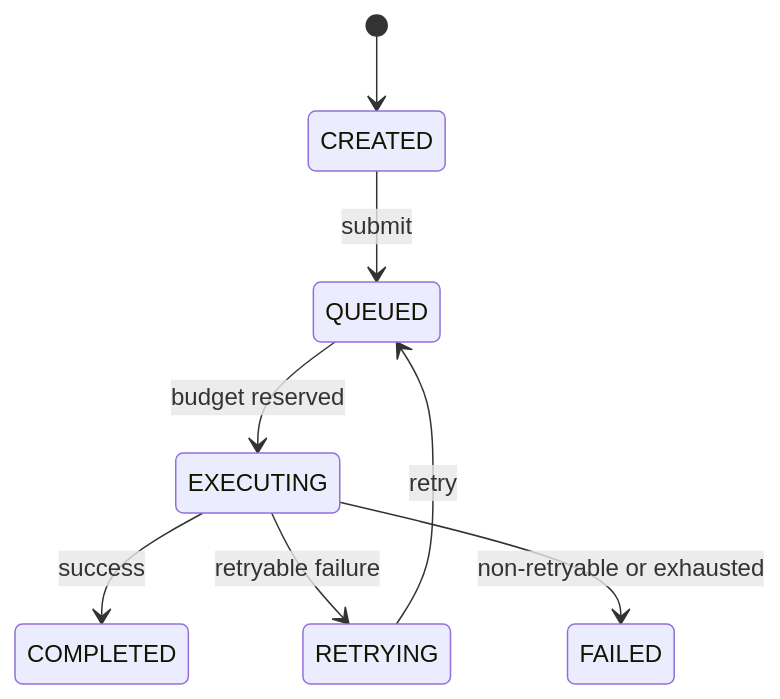
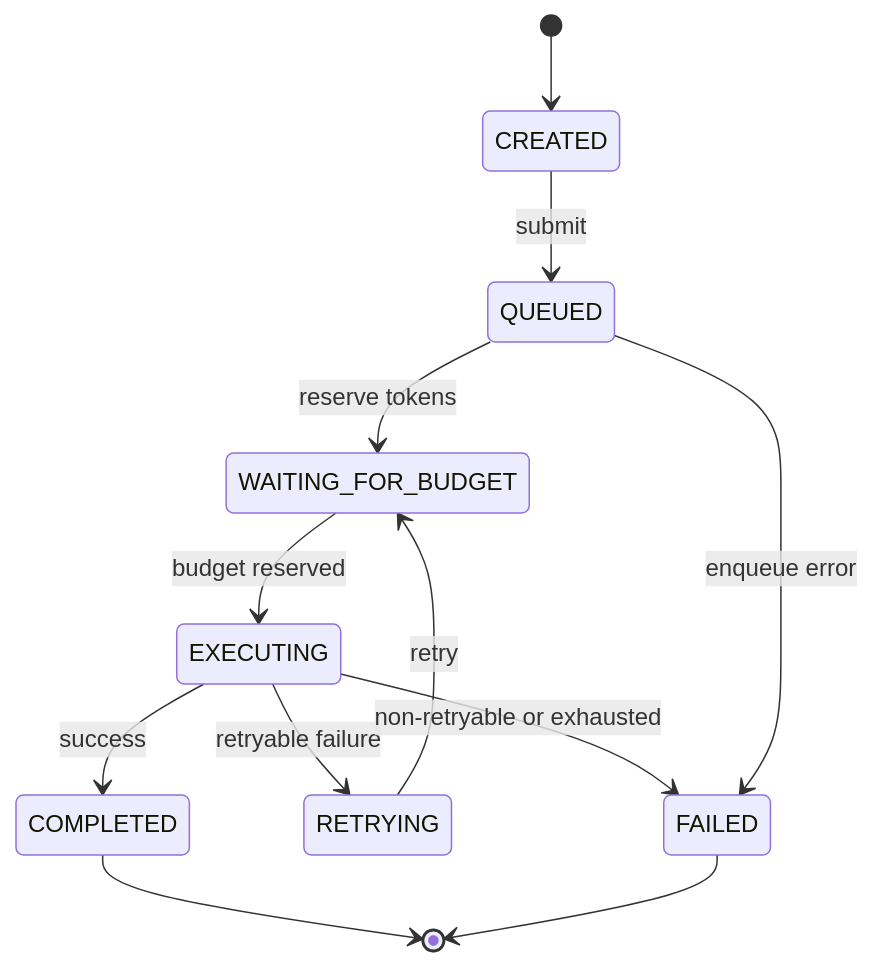
One commit to samm329-ui/Trimora_v2 changed the sixth of 15 diagrams in README.md. Above: the diagram before and after it, drawn with Mermaid. The commit also changed other lines of this file, not shown here.

Commit message:
Update README: scheduler architecture, task lifecycle, resilience docs, metrics

````diff
--- a/README.md
+++ b/README.md
@@ -518,10 +524,14 @@
 ```mermaid
 stateDiagram-v2
     [*] --> CREATED
     CREATED --> QUEUED : submit
-    QUEUED --> EXECUTING : budget reserved
+    QUEUED --> WAITING_FOR_BUDGET : reserve tokens
+    WAITING_FOR_BUDGET --> EXECUTING : budget reserved
     EXECUTING --> COMPLETED : success
     EXECUTING --> RETRYING : retryable failure
-    RETRYING --> QUEUED : retry
+    RETRYING --> WAITING_FOR_BUDGET : retry
     EXECUTING --> FAILED : non-retryable or exhausted
+    QUEUED --> FAILED : enqueue error
+    COMPLETED --> [*]
+    FAILED --> [*]
 ```
````
